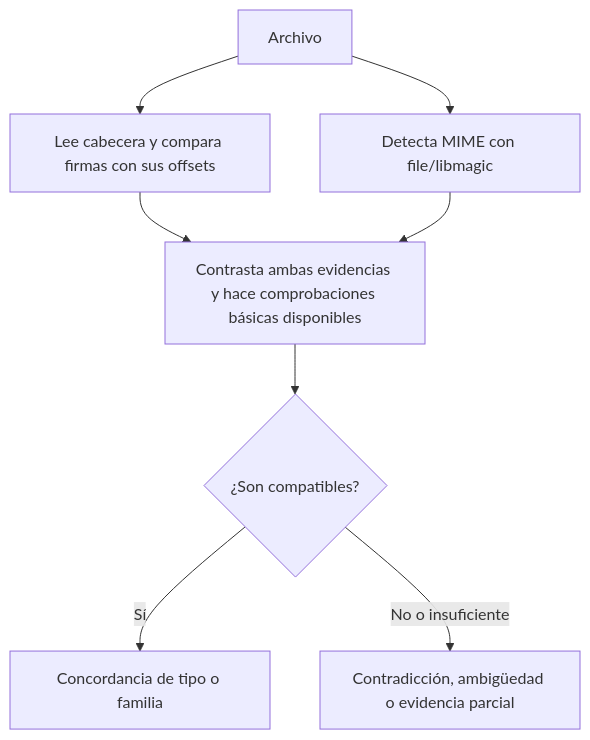
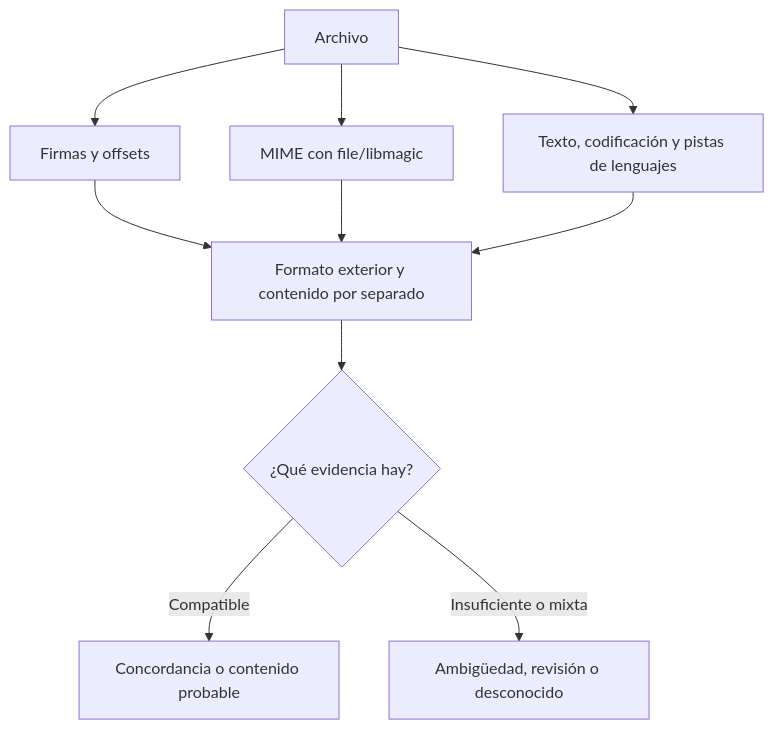
The diagram in README.md (david-rootbox/file_magic_number), drawn with Mermaid before and after one commit. The commit also changed other lines of this file and 3 other files, not shown here.

First line of the commit message:
feat: reconocer lenguajes y contenido incrustado además de MIME y firmas

````diff
--- a/README.md
+++ b/README.md
@@ -88,10 +166,12 @@
 ```mermaid
 flowchart TD
-    A["Archivo"] --> B["Lee cabecera y compara firmas con sus offsets"]
-    A --> C["Detecta MIME con file/libmagic"]
-    B --> D["Contrasta ambas evidencias y hace comprobaciones básicas disponibles"]
-    C --> D
-    D --> E{"¿Son compatibles?"}
-    E -->|Sí| F["Concordancia de tipo o familia"]
-    E -->|No o insuficiente| G["Contradicción, ambigüedad o evidencia parcial"]
+    A["Archivo"] --> B["Firmas y offsets"]
+    A --> C["MIME con file/libmagic"]
+    A --> D["Texto, codificación y pistas de lenguajes"]
+    B --> E["Formato exterior y contenido por separado"]
+    C --> E
+    D --> E
+    E --> F{"¿Qué evidencia hay?"}
+    F -->|Compatible| G["Concordancia o contenido probable"]
+    F -->|Insuficiente o mixta| H["Ambigüedad, revisión o desconocido"]
 ```
````
